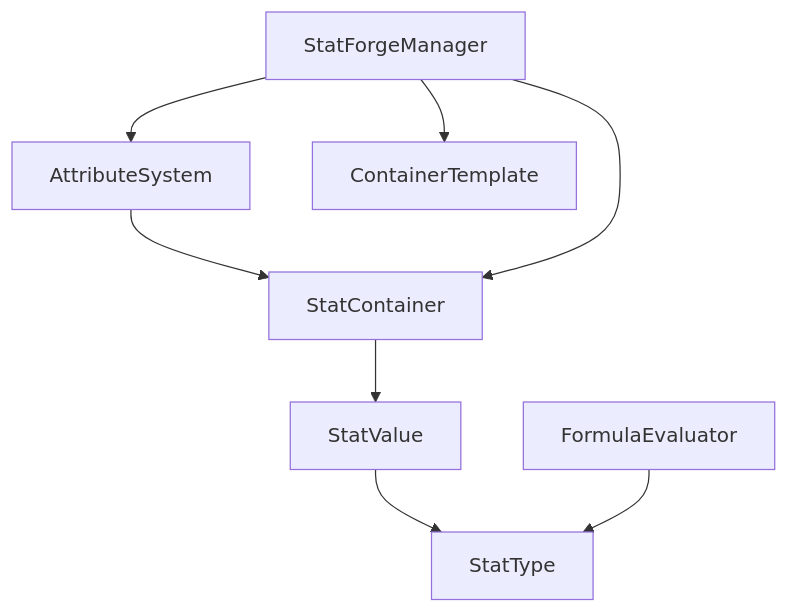
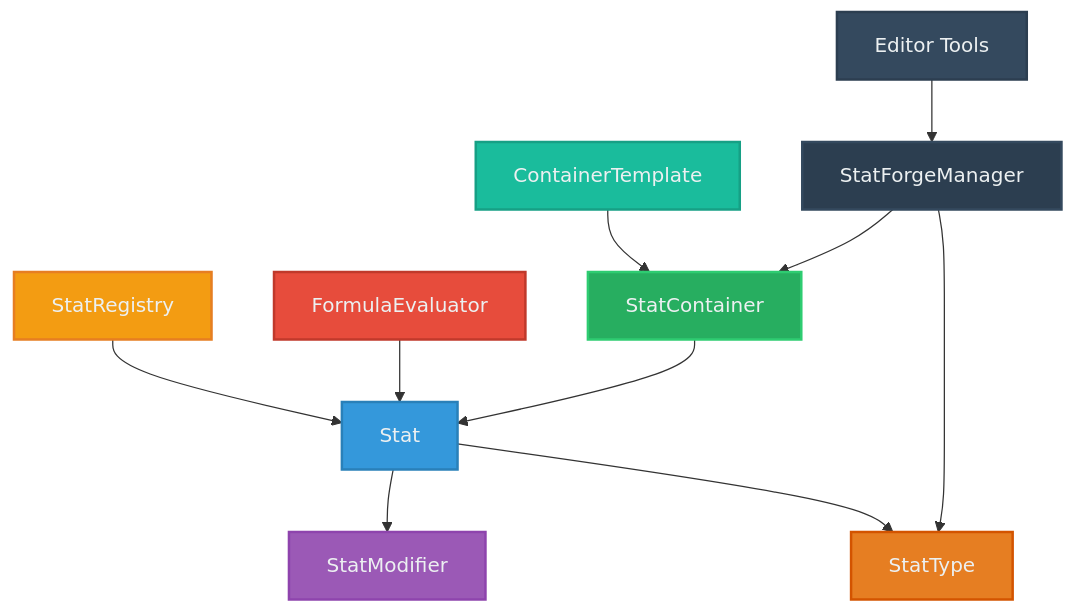
The diagram in README.md (Natteens/statforge), drawn with Mermaid before and after one commit. The commit also changed other lines of this file, not shown here.

````diff
--- a/README.md
+++ b/README.md
@@ -48,10 +64,22 @@
 ```mermaid
 graph TD
-    A[AttributeSystem] --> B[StatContainer]
-    B --> C[StatValue]
-    C --> D[StatType]
-    E[FormulaEvaluator] --> D
-    F[StatForgeManager] --> A
-    F --> B
-    F --> G[ContainerTemplate]
+    A[StatForgeManager] --> B[StatContainer]
+    A --> C[StatType]
+    B --> D[Stat]
+    D --> E[StatModifier]
+    D --> C
+    F[FormulaEvaluator] --> D
+    G[StatRegistry] --> D
+    H[ContainerTemplate] --> B
+    I[Editor Tools] --> A
+    
+    style A fill:#2c3e50,stroke:#34495e,stroke-width:2px,color:#ecf0f1
+    style B fill:#27ae60,stroke:#2ecc71,stroke-width:2px,color:#ecf0f1
+    style D fill:#3498db,stroke:#2980b9,stroke-width:2px,color:#ecf0f1
+    style C fill:#e67e22,stroke:#d35400,stroke-width:2px,color:#ecf0f1
+    style E fill:#9b59b6,stroke:#8e44ad,stroke-width:2px,color:#ecf0f1
+    style F fill:#e74c3c,stroke:#c0392b,stroke-width:2px,color:#ecf0f1
+    style G fill:#f39c12,stroke:#e67e22,stroke-width:2px,color:#ecf0f1
+    style H fill:#1abc9c,stroke:#16a085,stroke-width:2px,color:#ecf0f1
+    style I fill:#34495e,stroke:#2c3e50,stroke-width:2px,color:#ecf0f1
 ```
````
